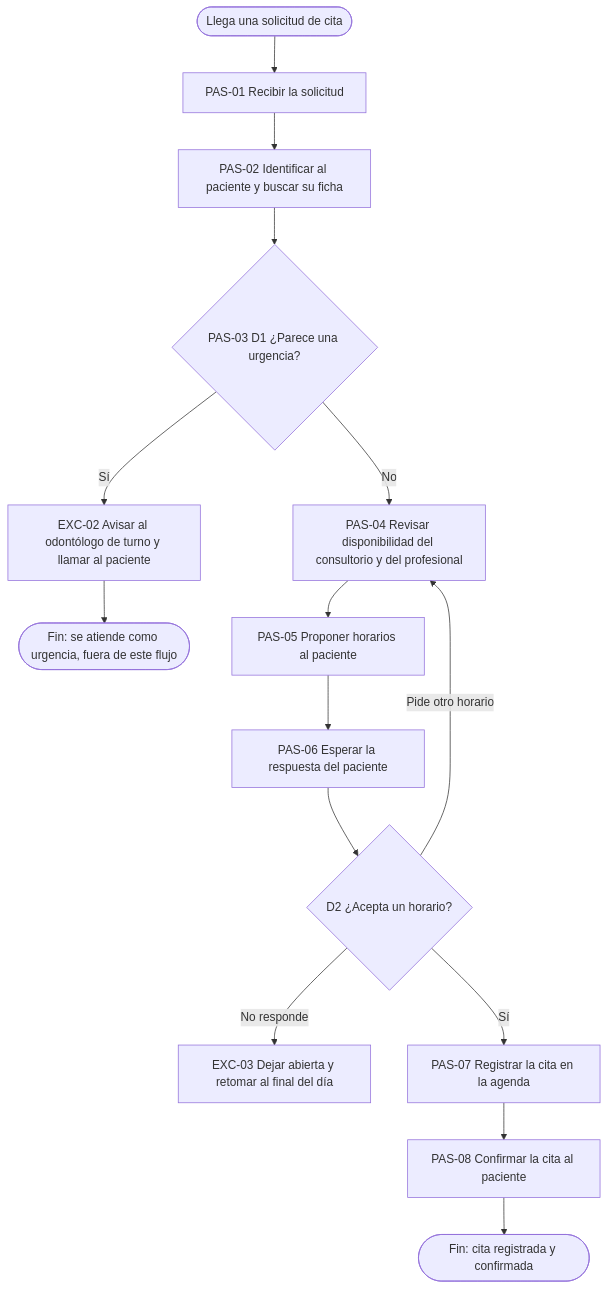
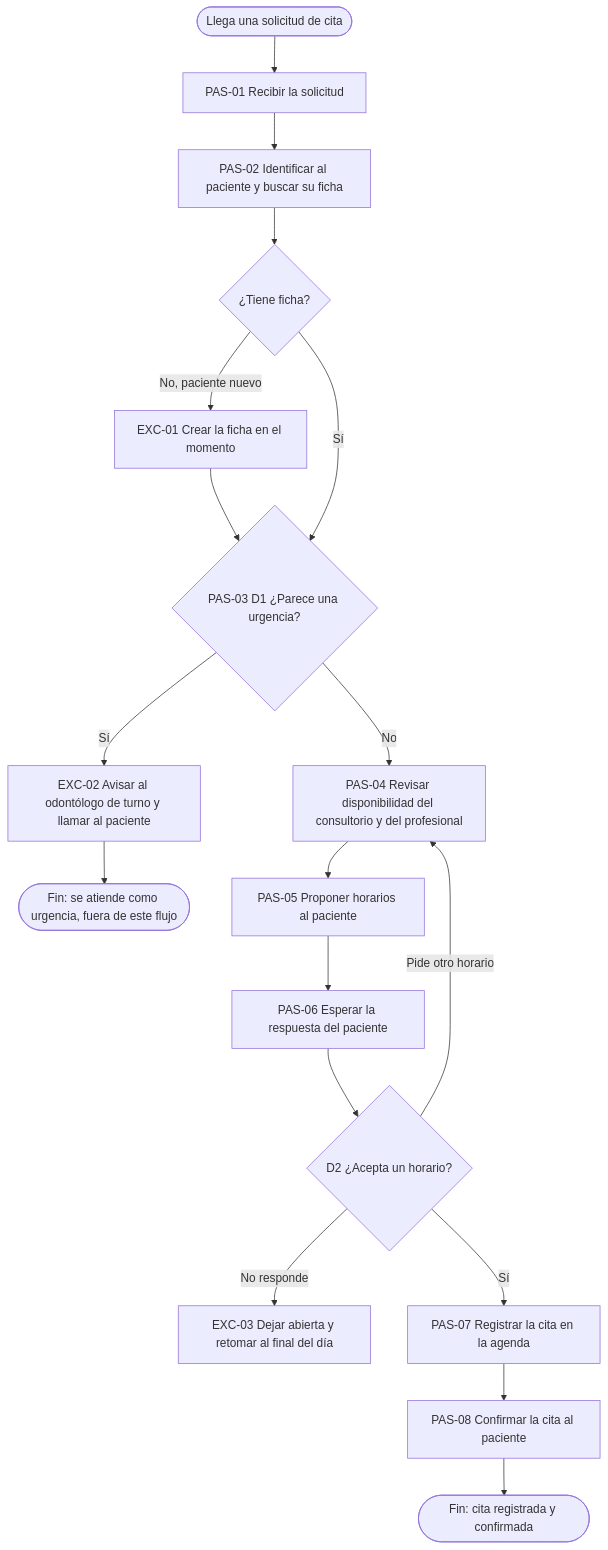
One commit to DistilledInnovation/ai-plugin changed the diagram in plugins/automatizacion-con-ia/skills/mapear-proceso-actual/references/ejemplo.md. Above: the diagram before and after it, drawn with Mermaid. The commit also changed other lines of this file and 20 other files, not shown here.

````diff
--- a/plugins/automatizacion-con-ia/skills/mapear-proceso-actual/references/ejemplo.md
+++ b/plugins/automatizacion-con-ia/skills/mapear-proceso-actual/references/ejemplo.md
@@ -80,17 +80,20 @@
 ```mermaid
 flowchart TD
   I([Llega una solicitud de cita]) --> P1[PAS-01 Recibir la solicitud]
   P1 --> P2[PAS-02 Identificar al paciente y buscar su ficha]
-  P2 --> P3{PAS-03 D1 ¿Parece una urgencia?}
+  P2 --> D0{¿Tiene ficha?}
+  D0 -- No, paciente nuevo --> E1[EXC-01 Crear la ficha en el momento]
+  E1 --> P3{PAS-03 D1 ¿Parece una urgencia?}
+  D0 -- Sí --> P3
   P3 -- Sí --> E2[EXC-02 Avisar al odontólogo de turno y llamar al paciente]
   E2 --> F2([Fin: se atiende como urgencia, fuera de este flujo])
   P3 -- No --> P4[PAS-04 Revisar disponibilidad del consultorio y del profesional]
   P4 --> P5[PAS-05 Proponer horarios al paciente]
   P5 --> P6[PAS-06 Esperar la respuesta del paciente]
   P6 --> D2{D2 ¿Acepta un horario?}
   D2 -- Pide otro horario --> P4
   D2 -- No responde --> E3[EXC-03 Dejar abierta y retomar al final del día]
   D2 -- Sí --> P7[PAS-07 Registrar la cita en la agenda]
   P7 --> P8[PAS-08 Confirmar la cita al paciente]
   P8 --> F([Fin: cita registrada y confirmada])
 ```
````
